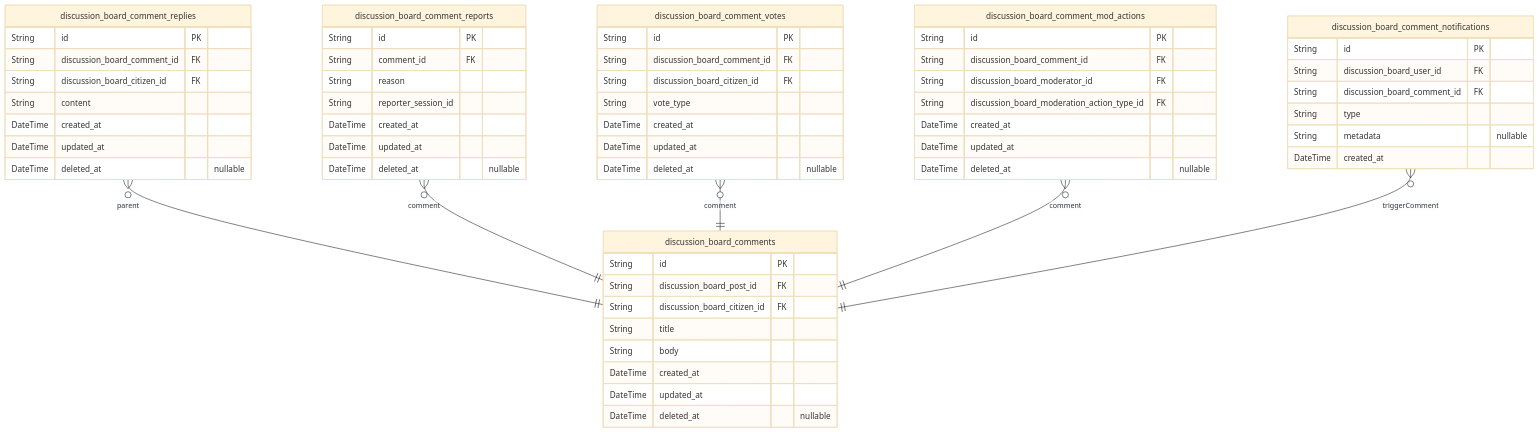
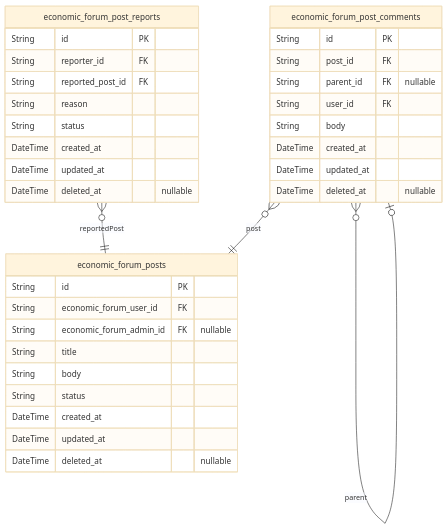
The third of 4 diagrams in qwen/qwen3-next-80b-a3b-instruct/bbs/docs/ERD.md (wrtnlabs/autobe-examples), drawn with Mermaid (base theme) before and after one commit. The commit also changed other lines of this file and 4047 other files, not shown here.

````diff
--- a/qwen/qwen3-next-80b-a3b-instruct/bbs/docs/ERD.md
+++ b/qwen/qwen3-next-80b-a3b-instruct/bbs/docs/ERD.md
@@ -1215,62 +701,37 @@
 ```mermaid
 erDiagram
-"discussion_board_comments" {
+"economic_forum_posts" {
   String id PK
-  String discussion_board_post_id FK
-  String discussion_board_citizen_id FK
+  String economic_forum_user_id FK
+  String economic_forum_admin_id FK "nullable"
   String title
+  String body
+  String status
+  DateTime created_at
+  DateTime updated_at
+  DateTime deleted_at "nullable"
+}
+"economic_forum_post_comments" {
+  String id PK
+  String post_id FK
+  String parent_id FK "nullable"
+  String user_id FK
   String body
   DateTime created_at
   DateTime updated_at
   DateTime deleted_at "nullable"
 }
-"discussion_board_comment_replies" {
+"economic_forum_post_reports" {
   String id PK
-  String discussion_board_comment_id FK
-  String discussion_board_citizen_id FK
-  String content
+  String reporter_id FK
+  String reported_post_id FK
+  String reason
+  String status
   DateTime created_at
   DateTime updated_at
   DateTime deleted_at "nullable"
 }
-"discussion_board_comment_reports" {
-  String id PK
-  String comment_id FK
-  String reason
-  String reporter_session_id
-  DateTime created_at
-  DateTime updated_at
-  DateTime deleted_at "nullable"
-}
-"discussion_board_comment_votes" {
-  String id PK
-  String discussion_board_comment_id FK
-  String discussion_board_citizen_id FK
-  String vote_type
-  DateTime created_at
-  DateTime updated_at
-  DateTime deleted_at "nullable"
-}
-"discussion_board_comment_mod_actions" {
-  String id PK
-  String discussion_board_comment_id FK
-  String discussion_board_moderator_id FK
-  String discussion_board_moderation_action_type_id FK
-  DateTime created_at
-  DateTime updated_at
-  DateTime deleted_at "nullable"
-}
-"discussion_board_comment_notifications" {
-  String id PK
-  String discussion_board_user_id FK
-  String discussion_board_comment_id FK
-  String type
-  String metadata "nullable"
-  DateTime created_at
-}
-"discussion_board_comment_replies" }o--|| "discussion_board_comments" : parent
-"discussion_board_comment_reports" }o--|| "discussion_board_comments" : comment
-"discussion_board_comment_votes" }o--|| "discussion_board_comments" : comment
-"discussion_board_comment_mod_actions" }o--|| "discussion_board_comments" : comment
-"discussion_board_comment_notifications" }o--|| "discussion_board_comments" : triggerComment
+"economic_forum_post_comments" }o--|| "economic_forum_posts" : post
+"economic_forum_post_comments" }o--o| "economic_forum_post_comments" : parent
+"economic_forum_post_reports" }o--|| "economic_forum_posts" : reportedPost
 ```
````
